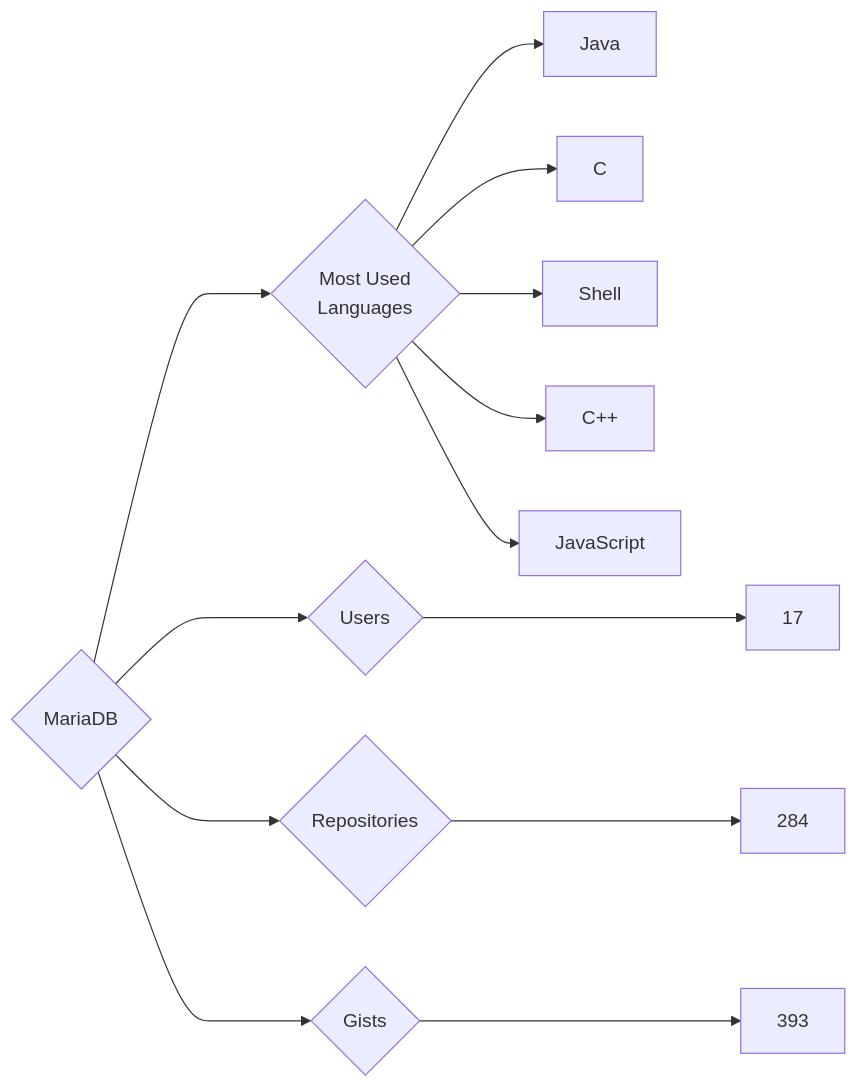
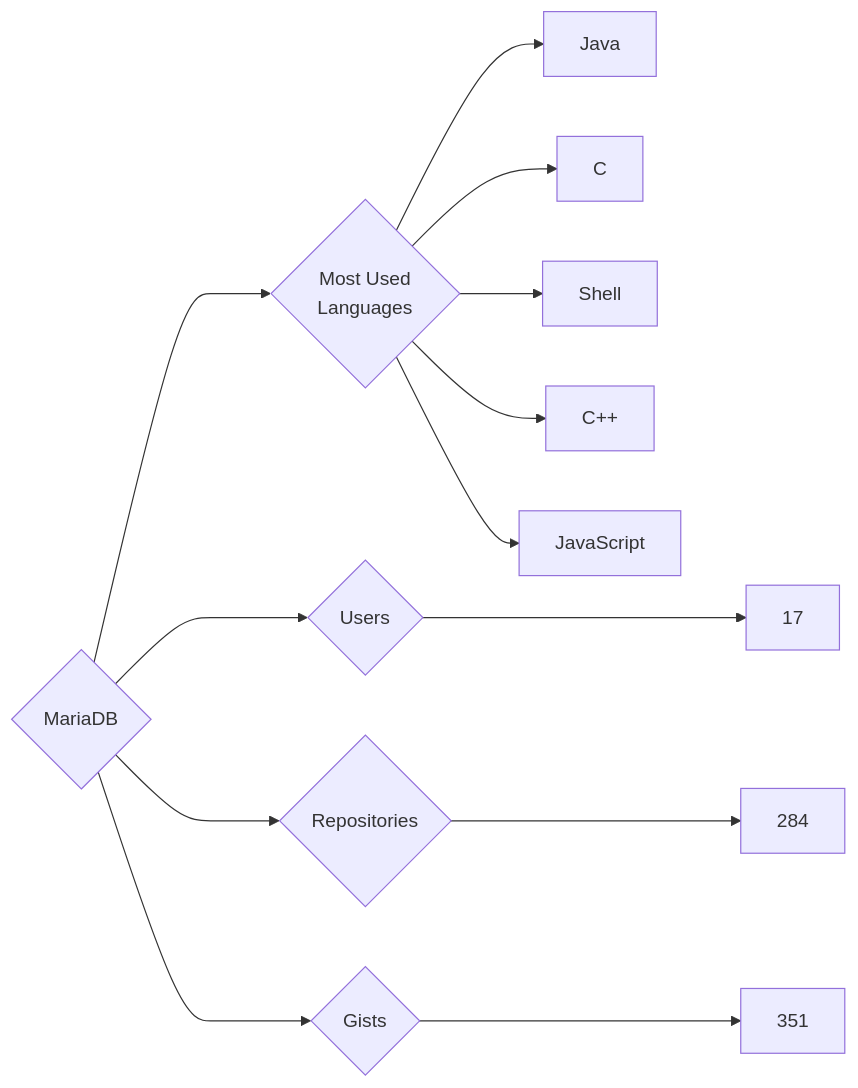
Before and after one commit to trickest/insiders: the diagram in targets/MariaDB/README.md, drawn with Mermaid. The commit also changed 823 other files, not shown here.

````diff
--- a/targets/MariaDB/README.md
+++ b/targets/MariaDB/README.md
@@ -3,13 +3,13 @@
 ```mermaid
 graph LR
 COMPANY_NAME{MariaDB}
 COMPANY_NAME ---> U{Users} ---> UN[17]
 COMPANY_NAME ---> R{Repositories} ---> RN[284]
-COMPANY_NAME ---> G{Gists} ---> GN[393]
+COMPANY_NAME ---> G{Gists} ---> GN[351]
 COMPANY_NAME ---> ML{Most Used<br>Languages}
 ML --> Java[Java]
 ML --> C[C]
 ML --> Shell[Shell]
 ML --> C++[C++]
 ML --> JavaScript[JavaScript]
 ```
````
